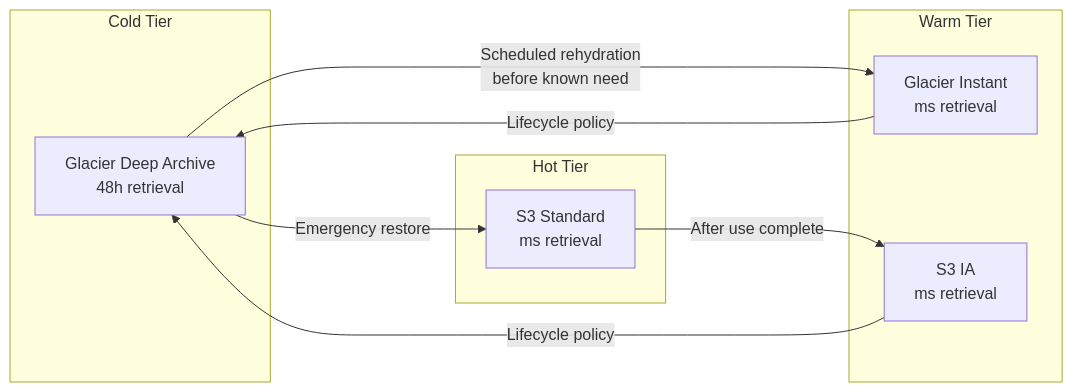
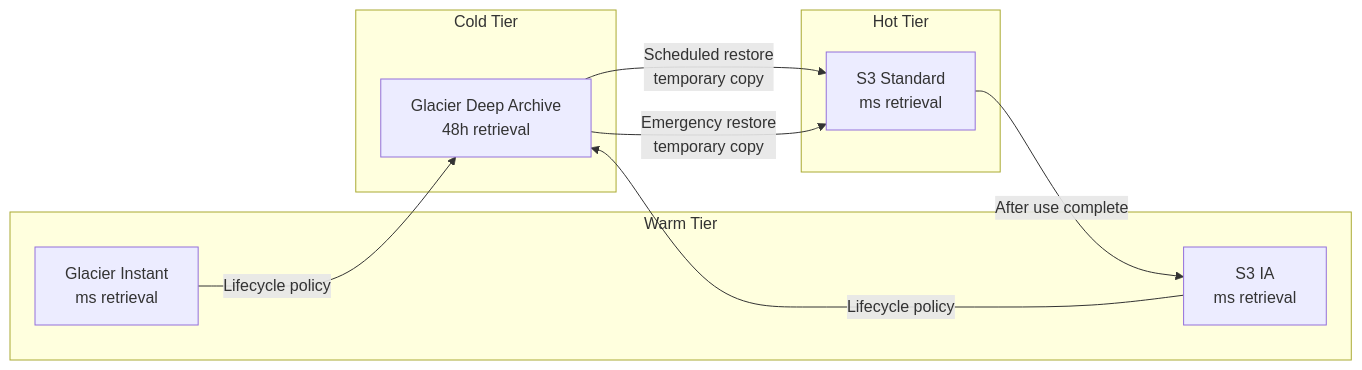
Before and after one commit to OneUptime/blog: the second of 2 diagrams in posts/2026-01-30-cold-storage-backups/README.md, drawn with Mermaid. The commit also changed other lines of this file and 2 other files, not shown here.

````diff
--- a/posts/2026-01-30-cold-storage-backups/README.md
+++ b/posts/2026-01-30-cold-storage-backups/README.md
@@ -722,21 +729,21 @@
 ```mermaid
 flowchart LR
     subgraph Cold Tier
         A[Glacier Deep Archive<br/>48h retrieval]
     end
 
     subgraph Warm Tier
         B[Glacier Instant<br/>ms retrieval]
         C[S3 IA<br/>ms retrieval]
     end
 
     subgraph Hot Tier
         D[S3 Standard<br/>ms retrieval]
     end
 
-    A -->|Scheduled rehydration<br/>before known need| B
-    A -->|Emergency restore| D
+    A -->|Scheduled restore<br/>temporary copy| D
+    A -->|Emergency restore<br/>temporary copy| D
     B -->|Lifecycle policy| A
     C -->|Lifecycle policy| A
     D -->|After use complete| C
 ```
````
